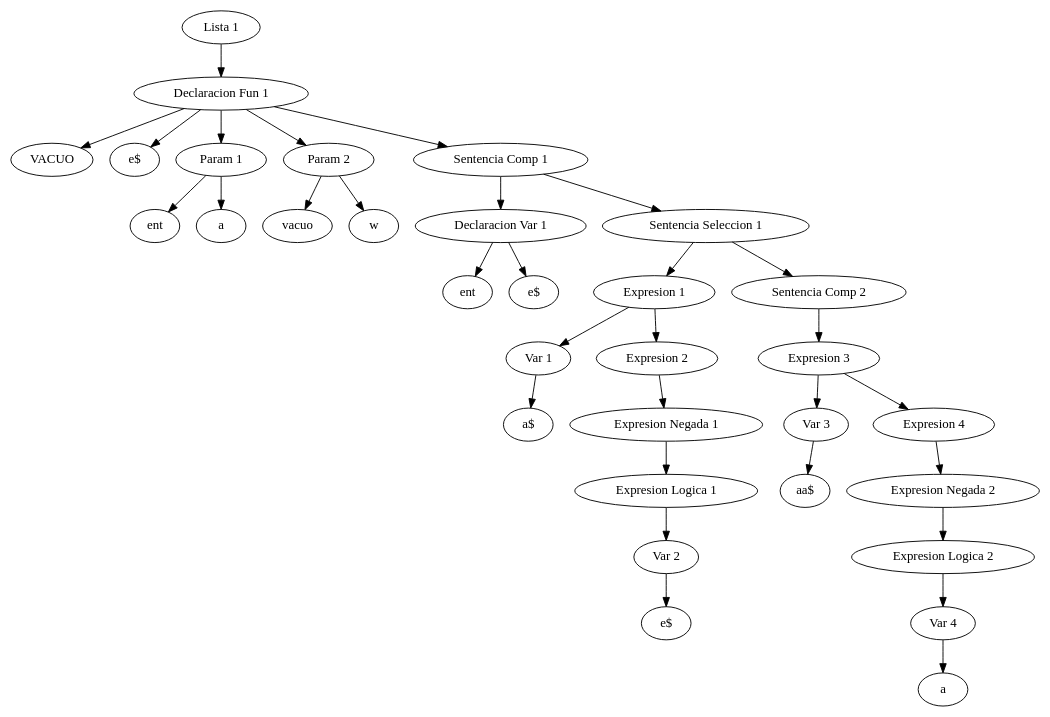
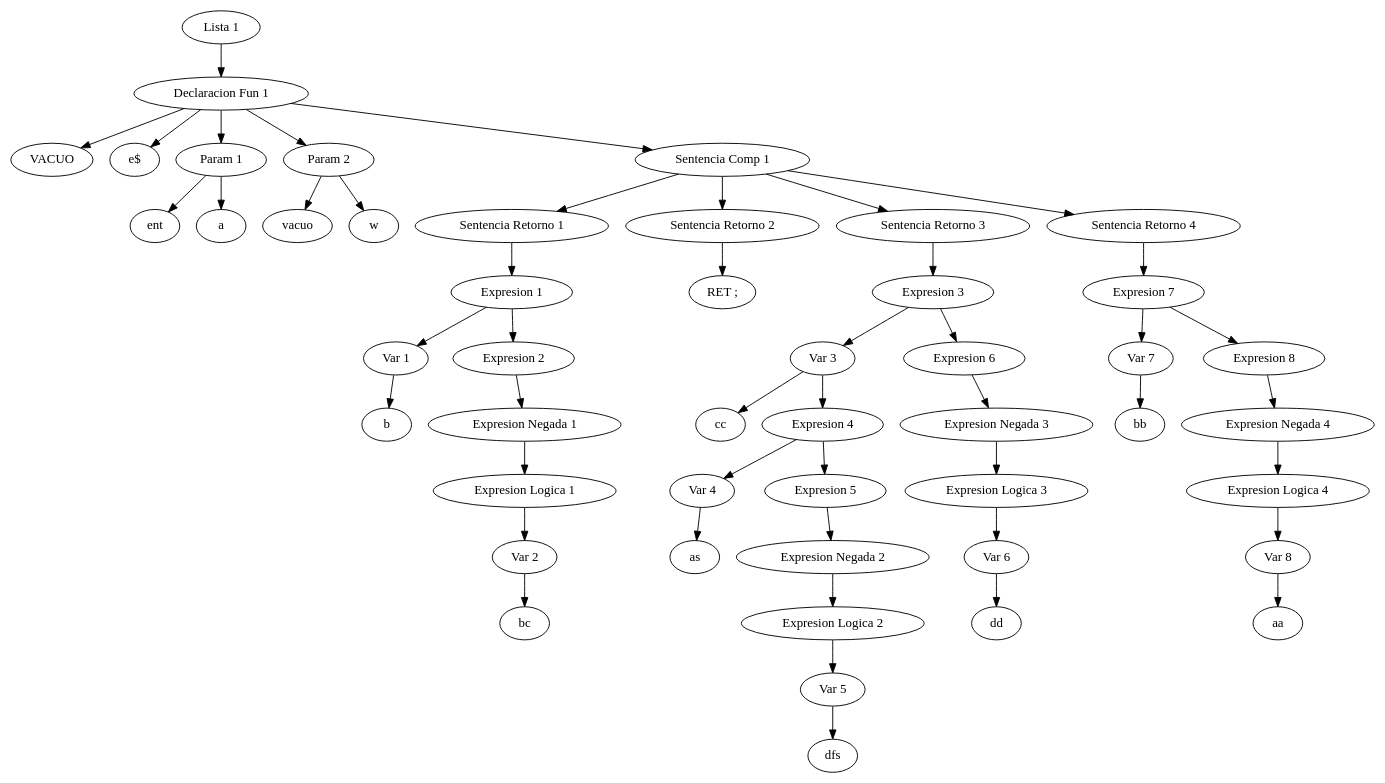
One commit to lancal/TallerCompiladores2018 changed the diagram in tree.dot. Above: the diagram before and after it, drawn with Graphviz. The commit also changed 9 other files, not shown here.

```diff
--- a/tree.dot
+++ b/tree.dot
@@ -1,45 +1,64 @@
 digraph G {
 	"Lista 1" -> "Declaracion Fun 1"
 	1 [label="VACUO"]
 	"Declaracion Fun 1" -> 1
 	2 [label="e$"]
 	"Declaracion Fun 1" -> 2
 	"Declaracion Fun 1" -> "Param 1"
 	3 [label="ent"]
 	"Param 1" -> 3
 	4 [label="a"]
 	"Param 1" -> 4
 	"Declaracion Fun 1" -> "Param 2"
 	5 [label="vacuo"]
 	"Param 2" -> 5
 	6 [label="w"]
 	"Param 2" -> 6
 	"Declaracion Fun 1" -> "Sentencia Comp 1"
-	"Sentencia Comp 1" -> "Declaracion Var 1"
-	7 [label="ent"]
-	"Declaracion Var 1" -> 7
-	8 [label="e$"]
-	"Declaracion Var 1" -> 8
-	"Sentencia Comp 1" -> "Sentencia Seleccion 1"
-	"Sentencia Seleccion 1" -> "Expresion 1"
+	"Sentencia Comp 1" -> "Sentencia Retorno 1"
+	"Sentencia Retorno 1" -> "Expresion 1"
 	"Expresion 1" -> "Var 1"
-	9 [label="a$"]
-	"Var 1" -> 9
+	7 [label="b"]
+	"Var 1" -> 7
 	"Expresion 1" -> "Expresion 2"
 	"Expresion 2" -> "Expresion Negada 1"
 	"Expresion Negada 1" -> "Expresion Logica 1"
 	"Expresion Logica 1" -> "Var 2"
-	10 [label="e$"]
-	"Var 2" -> 10
-	"Sentencia Seleccion 1" -> "Sentencia Comp 2"
-	"Sentencia Comp 2" -> "Expresion 3"
+	8 [label="bc"]
+	"Var 2" -> 8
+	"Sentencia Comp 1" -> "Sentencia Retorno 2"
+	9 [label="RET ;"]
+	"Sentencia Retorno 2" -> 9
+	"Sentencia Comp 1" -> "Sentencia Retorno 3"
+	"Sentencia Retorno 3" -> "Expresion 3"
 	"Expresion 3" -> "Var 3"
-	11 [label="aa$"]
-	"Var 3" -> 11
-	"Expresion 3" -> "Expresion 4"
-	"Expresion 4" -> "Expresion Negada 2"
+	10 [label="cc"]
+	"Var 3" -> 10
+	"Var 3" -> "Expresion 4"
+	"Expresion 4" -> "Var 4"
+	11 [label="as"]
+	"Var 4" -> 11
+	"Expresion 4" -> "Expresion 5"
+	"Expresion 5" -> "Expresion Negada 2"
 	"Expresion Negada 2" -> "Expresion Logica 2"
-	"Expresion Logica 2" -> "Var 4"
-	12 [label="a"]
-	"Var 4" -> 12
+	"Expresion Logica 2" -> "Var 5"
+	12 [label="dfs"]
+	"Var 5" -> 12
+	"Expresion 3" -> "Expresion 6"
+	"Expresion 6" -> "Expresion Negada 3"
+	"Expresion Negada 3" -> "Expresion Logica 3"
+	"Expresion Logica 3" -> "Var 6"
+	13 [label="dd"]
+	"Var 6" -> 13
+	"Sentencia Comp 1" -> "Sentencia Retorno 4"
+	"Sentencia Retorno 4" -> "Expresion 7"
+	"Expresion 7" -> "Var 7"
+	14 [label="bb"]
+	"Var 7" -> 14
+	"Expresion 7" -> "Expresion 8"
+	"Expresion 8" -> "Expresion Negada 4"
+	"Expresion Negada 4" -> "Expresion Logica 4"
+	"Expresion Logica 4" -> "Var 8"
+	15 [label="aa"]
+	"Var 8" -> 15
 }
```
